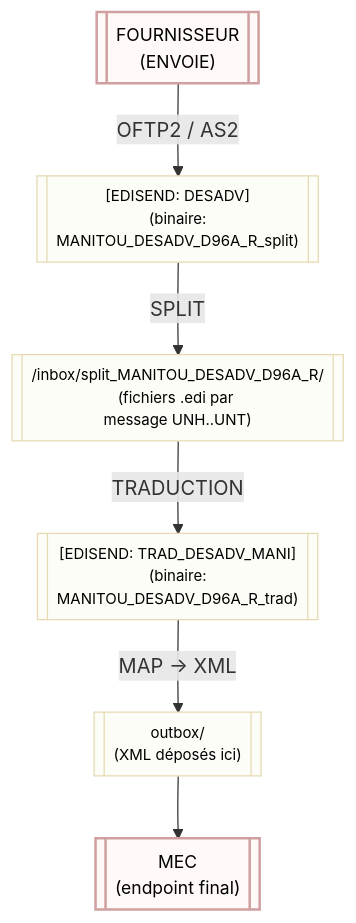
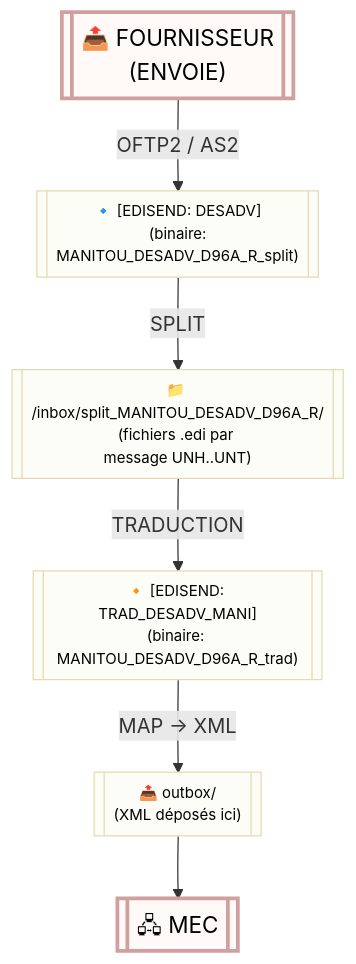
Before and after one commit to HMaPredell/visuel: the diagram in README.md, drawn with Mermaid.

````diff
--- a/README.md
+++ b/README.md
@@ -53,19 +53,19 @@
 ```mermaid
 flowchart TD
   %% Large blocks, vertical layout
-  classDef bigBlock fill:#fffaf8,stroke:#d0a0a0,stroke-width:2px,color:#000,font-size:14px;
+  classDef bigBlock fill:#fffaf8,stroke:#d0a0a0,stroke-width:3px,color:#000,font-size:18px;
   classDef stepBlock fill:#fcfdf6,stroke:#e6d9b2,stroke-width:1px,color:#000,font-size:12px;
 
-   FOURNISSEUR[["FOURNISSEUR<br/>(ENVOIE)<br/>"]]:::bigBlock
-   EDISEND_SPLIT[["[EDISEND: DESADV]<br/>(binaire: <br/>MANITOU_DESADV_D96A_R_split)<br/>"]]:::stepBlock
-  SPLIT_DIR[["/inbox/split_MANITOU_DESADV_D96A_R/<br/>(fichiers .edi par <br/>message UNH..UNT)"]]:::stepBlock
-   EDISEND_TRAD[["[EDISEND: TRAD_DESADV_MANI]<br/>(binaire: <br/>MANITOU_DESADV_D96A_R_trad)<br/>"]]:::stepBlock
-   OUTBOX[["outbox/<br/>(XML déposés ici)"]]:::stepBlock
-   MEC[["MEC<br/>(endpoint final)"]]:::bigBlock
+   FOURNISSEUR[["📤 FOURNISSEUR<br/>(ENVOIE)<br/>"]]:::bigBlock
+   EDISEND_SPLIT[["🔹 [EDISEND: DESADV]<br/>(binaire: <br/>MANITOU_DESADV_D96A_R_split)<br/>"]]:::stepBlock
+   SPLIT_DIR[["📁 /inbox/split_MANITOU_DESADV_D96A_R/<br/>(fichiers .edi par <br/>message UNH..UNT)"]]:::stepBlock
+   EDISEND_TRAD[["🔸 [EDISEND: TRAD_DESADV_MANI]<br/>(binaire: <br/>MANITOU_DESADV_D96A_R_trad)<br/>"]]:::stepBlock
+   OUTBOX[["📤 outbox/<br/>(XML déposés ici)"]]:::stepBlock
+   MEC[["🖧 MEC"]]:::bigBlock
 
   FOURNISSEUR -->|OFTP2 / AS2| EDISEND_SPLIT
   EDISEND_SPLIT -->|SPLIT| SPLIT_DIR
   SPLIT_DIR -->|TRADUCTION| EDISEND_TRAD
   EDISEND_TRAD -->|MAP → XML| OUTBOX
   OUTBOX --> MEC
 ```
````
